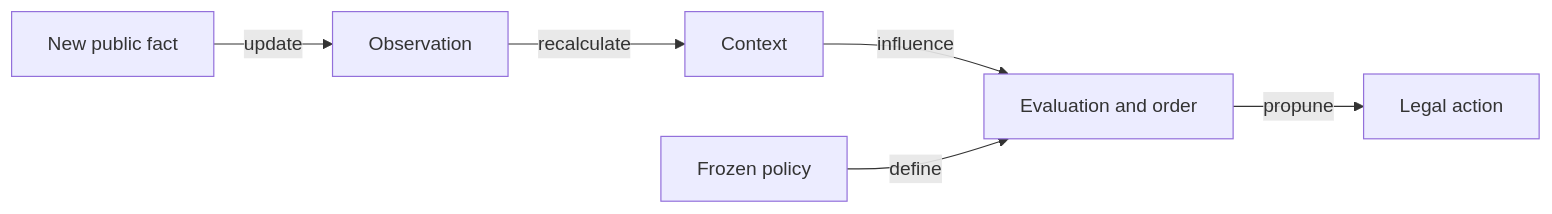
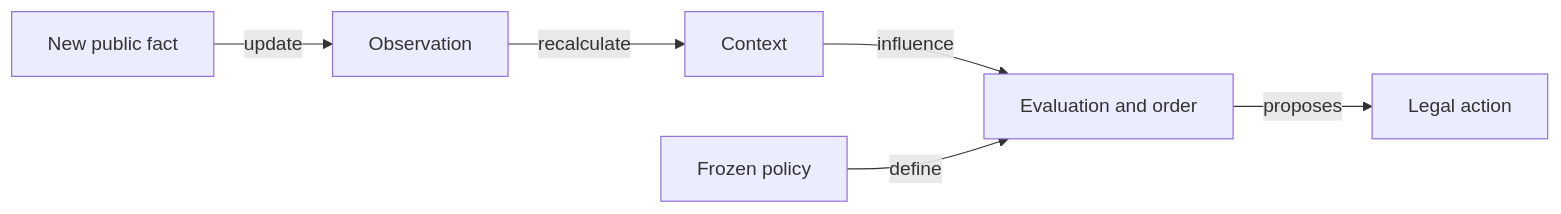
The second of 2 diagrams in docs/ai/ATF_RulesConfiguration.md (crististefanita/atf_j4), drawn with Mermaid before and after one commit. The commit also changed other lines of this file and 126 other files, not shown here.

````diff
--- a/docs/ai/ATF_RulesConfiguration.md
+++ b/docs/ai/ATF_RulesConfiguration.md
@@ -72,8 +72,8 @@
 ```mermaid
 flowchart LR
     PUBLIC[New public fact] -->|update| OBS[Observation]
     OBS -->|recalculate| FEATURES[Context]
     FEATURES -->|influence| ORDER[Evaluation and order]
     PARAM[Frozen policy] -->|define| ORDER
-    ORDER -->|propune| ACTION[Legal action]
+    ORDER -->|proposes| ACTION[Legal action]
 ```
````
